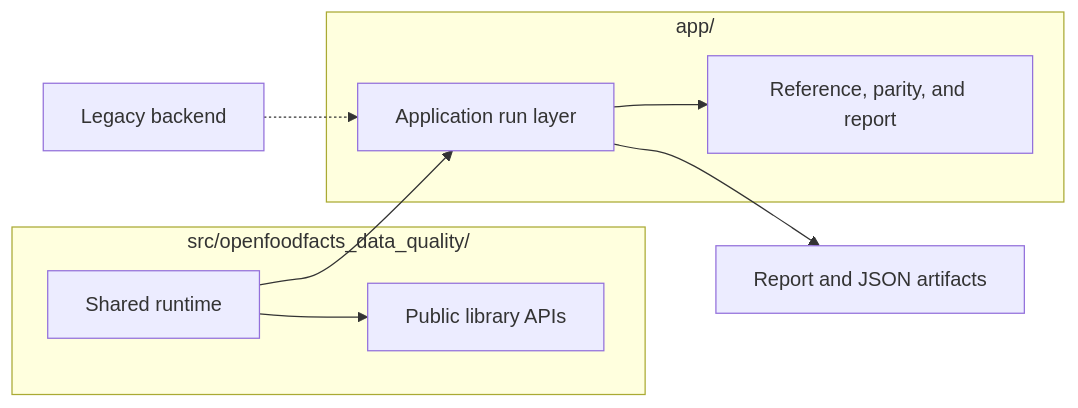
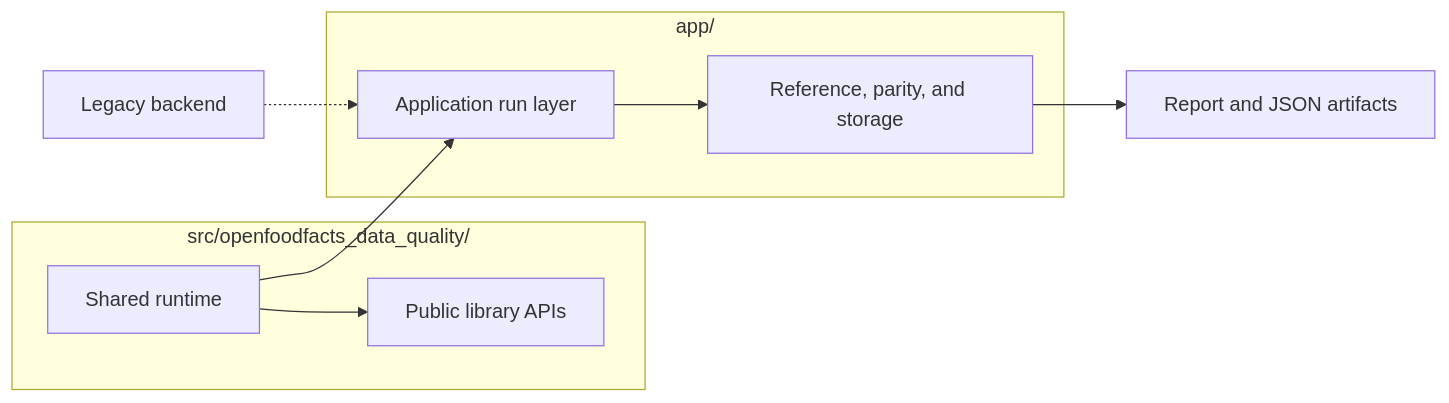
Before and after one commit to bobcorn/openfoodfacts-data-quality: the diagram in docs/explanation/project-scope.md, drawn with Mermaid. The commit also changed other lines of this file and 60 other files, not shown here.

````diff
--- a/docs/explanation/project-scope.md
+++ b/docs/explanation/project-scope.md
@@ -16,18 +16,18 @@
 ```mermaid
 flowchart LR
     subgraph SRC["src/openfoodfacts_data_quality/"]
         A["Shared runtime"]
         B["Public library APIs"]
         A --> B
     end
 
     subgraph APP["app/"]
         C["Application run layer"]
-        D["Reference, parity, and report"]
+        D["Reference, parity, and storage"]
         C --> D
     end
 
     E["Legacy backend"] -.-> C
     A --> C
-    C --> G["Report and JSON artifacts"]
+    D --> F["Report and JSON artifacts"]
 ```
````
